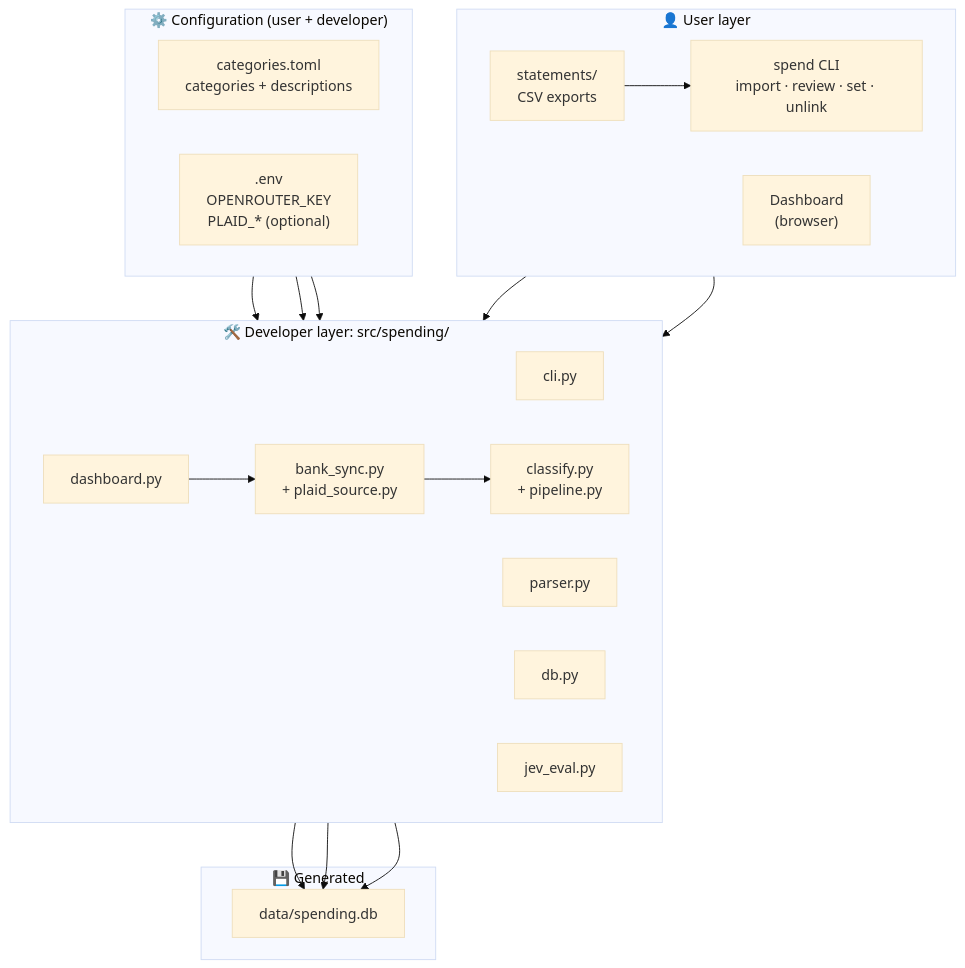
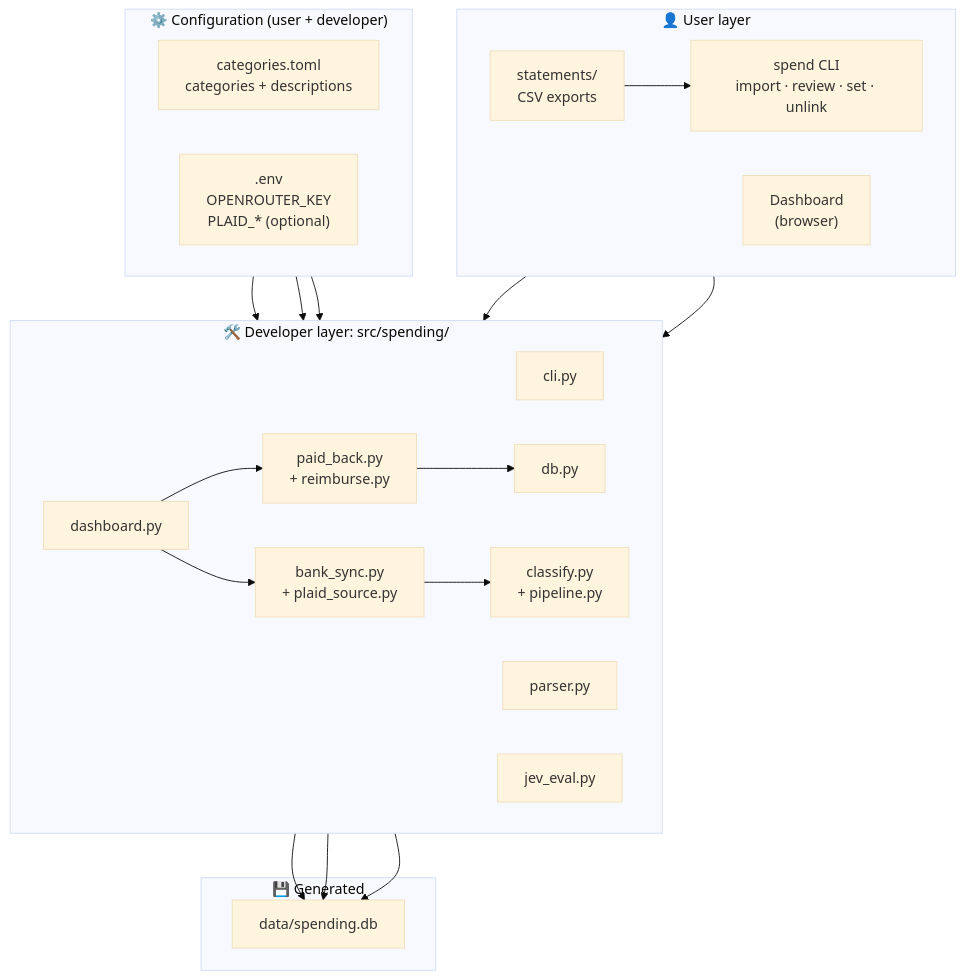
The first of 4 diagrams in CONTRIBUTING.md (alessandrofelici/spending-tracker), drawn with Mermaid (base theme) before and after one commit. The commit also changed other lines of this file and 2 other files, not shown here.

First line of the commit message:
docs: explain paid-back purchases and the checking login

````diff
--- a/CONTRIBUTING.md
+++ b/CONTRIBUTING.md
@@ -81,42 +83,45 @@
 ```mermaid
 flowchart TB
     subgraph USER["👤 User layer"]
         direction LR
         U1["statements/<br/>CSV exports"]
         U2["spend CLI<br/>import · review · set · unlink"]
         U3["Dashboard<br/>(browser)"]
     end
 
     subgraph SHARED["⚙️ Configuration (user + developer)"]
         direction LR
         C1["categories.toml<br/>categories + descriptions"]
         C2[".env<br/>OPENROUTER_KEY<br/>PLAID_* (optional)"]
     end
 
     subgraph DEV["🛠️ Developer layer: src/spending/"]
         direction LR
         D1["cli.py"]
         D2["parser.py"]
         D3["classify.py<br/>+ pipeline.py"]
         D4["db.py"]
         D5["dashboard.py"]
         D6["jev_eval.py"]
         D7["bank_sync.py<br/>+ plaid_source.py"]
+        D8["paid_back.py<br/>+ reimburse.py"]
     end
 
     subgraph STORE["💾 Generated"]
         S1["data/spending.db"]
     end
 
     U1 --> U2
     U2 --> D1
     U3 --> D5
     D5 --> D7
+    D5 --> D8
+    D8 --> D4
     C1 --> D3
     C2 --> D3
     C2 --> D7
     D7 --> D3
     D4 --> S1
     D5 --> S1
     D6 --> S1
 ```
````
